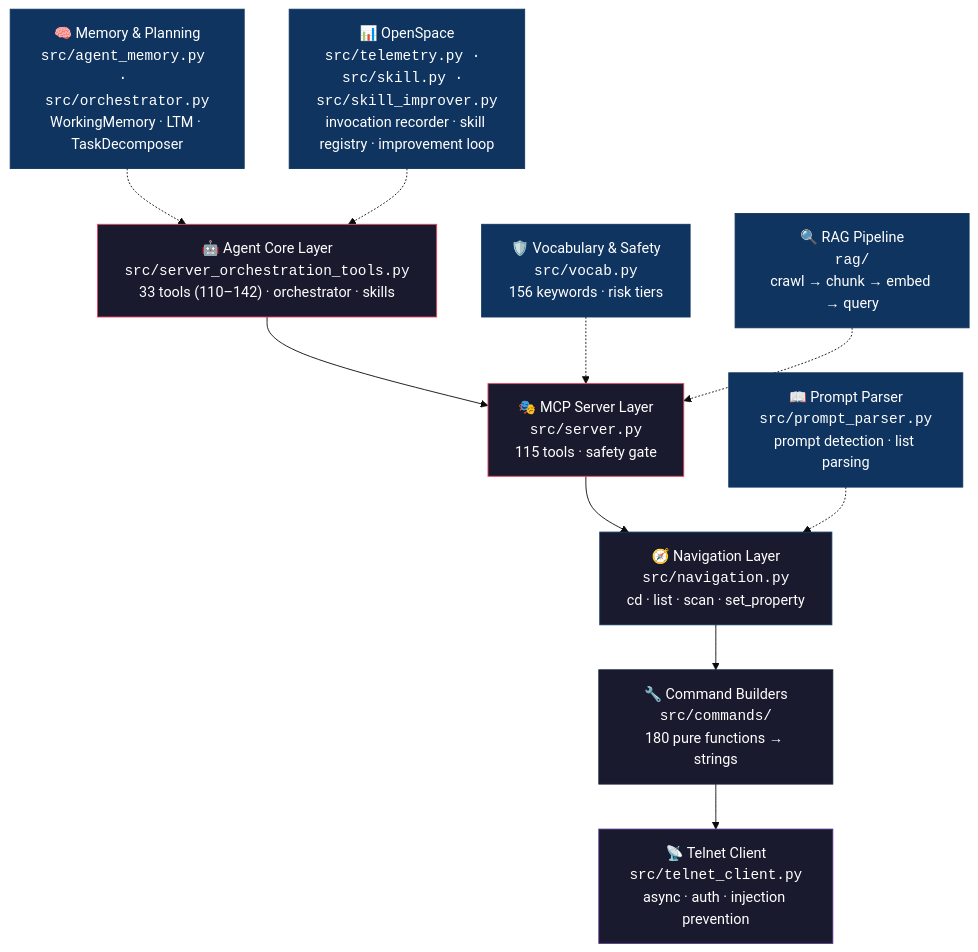
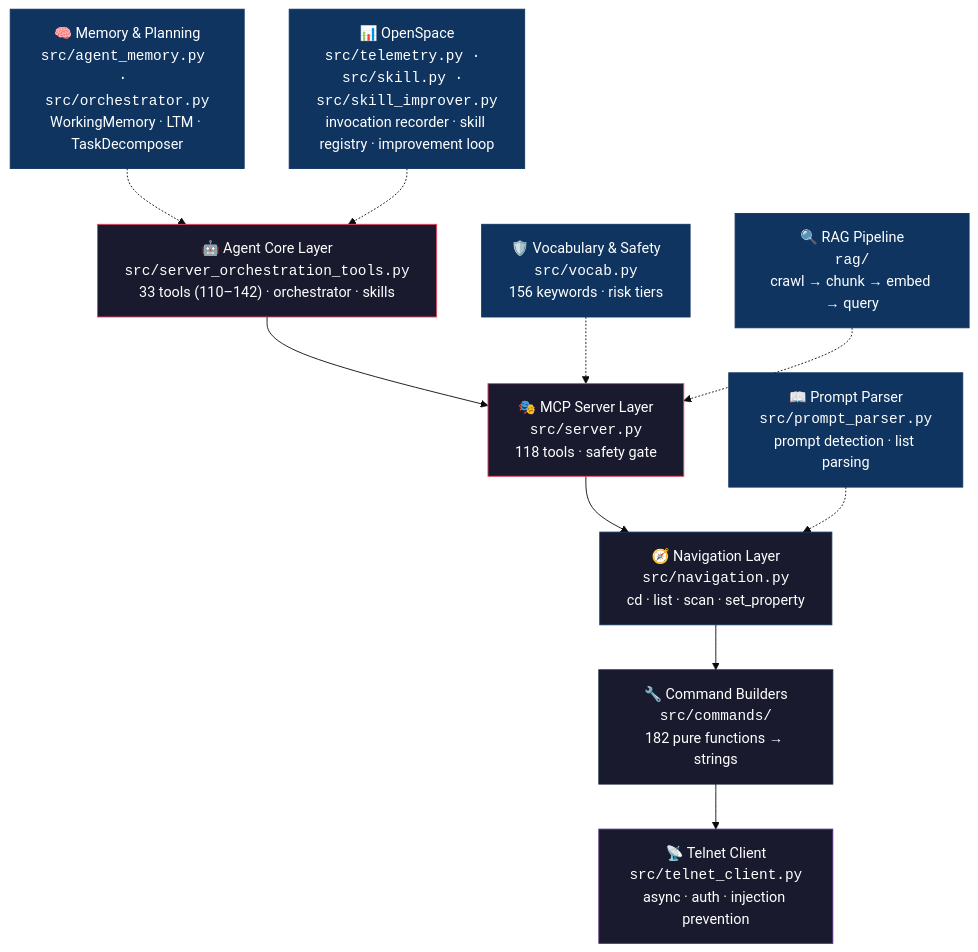
One commit to thisis-romar/ma2-onPC-MCP changed the first of 2 diagrams in README.md. Above: the diagram before and after it, drawn with Mermaid (base theme). The commit also changed other lines of this file and 8 other files, not shown here.

````diff
--- a/README.md
+++ b/README.md
@@ -64,25 +64,25 @@
 ```mermaid
 graph TD
     H["🤖 Agent Core Layer<br/><code>src/server_orchestration_tools.py</code><br/>33 tools (110–142) · orchestrator · skills"] --> A
-    A["🎭 MCP Server Layer<br/><code>src/server.py</code><br/>115 tools · safety gate"] --> B
+    A["🎭 MCP Server Layer<br/><code>src/server.py</code><br/>118 tools · safety gate"] --> B
     B["🧭 Navigation Layer<br/><code>src/navigation.py</code><br/>cd · list · scan · set_property"] --> C
-    C["🔧 Command Builders<br/><code>src/commands/</code><br/>180 pure functions → strings"] --> D
+    C["🔧 Command Builders<br/><code>src/commands/</code><br/>182 pure functions → strings"] --> D
     D["📡 Telnet Client<br/><code>src/telnet_client.py</code><br/>async · auth · injection prevention"]
 
     E["📖 Prompt Parser<br/><code>src/prompt_parser.py</code><br/>prompt detection · list parsing"] -.-> B
     F["🛡️ Vocabulary & Safety<br/><code>src/vocab.py</code><br/>156 keywords · risk tiers"] -.-> A
     G["🔍 RAG Pipeline<br/><code>rag/</code><br/>crawl → chunk → embed → query"] -.-> A
     I["🧠 Memory & Planning<br/><code>src/agent_memory.py · src/orchestrator.py</code><br/>WorkingMemory · LTM · TaskDecomposer"] -.-> H
     J["📊 OpenSpace<br/><code>src/telemetry.py · src/skill.py · src/skill_improver.py</code><br/>invocation recorder · skill registry · improvement loop"] -.-> H
 
     style H fill:#1a1a2e,stroke:#e94560,color:#fff
     style A fill:#1a1a2e,stroke:#e94560,color:#fff
     style B fill:#1a1a2e,stroke:#0f3460,color:#fff
     style C fill:#1a1a2e,stroke:#16213e,color:#fff
     style D fill:#1a1a2e,stroke:#533483,color:#fff
     style E fill:#0f3460,stroke:#0f3460,color:#fff
     style F fill:#0f3460,stroke:#0f3460,color:#fff
     style G fill:#0f3460,stroke:#0f3460,color:#fff
     style I fill:#0f3460,stroke:#0f3460,color:#fff
     style J fill:#0f3460,stroke:#0f3460,color:#fff
 ```
````
